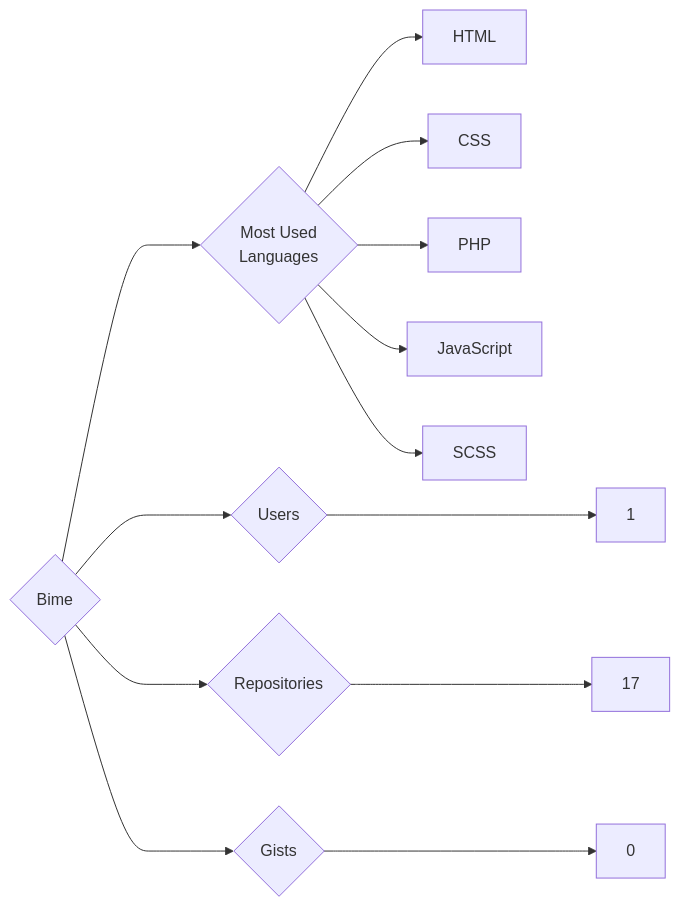
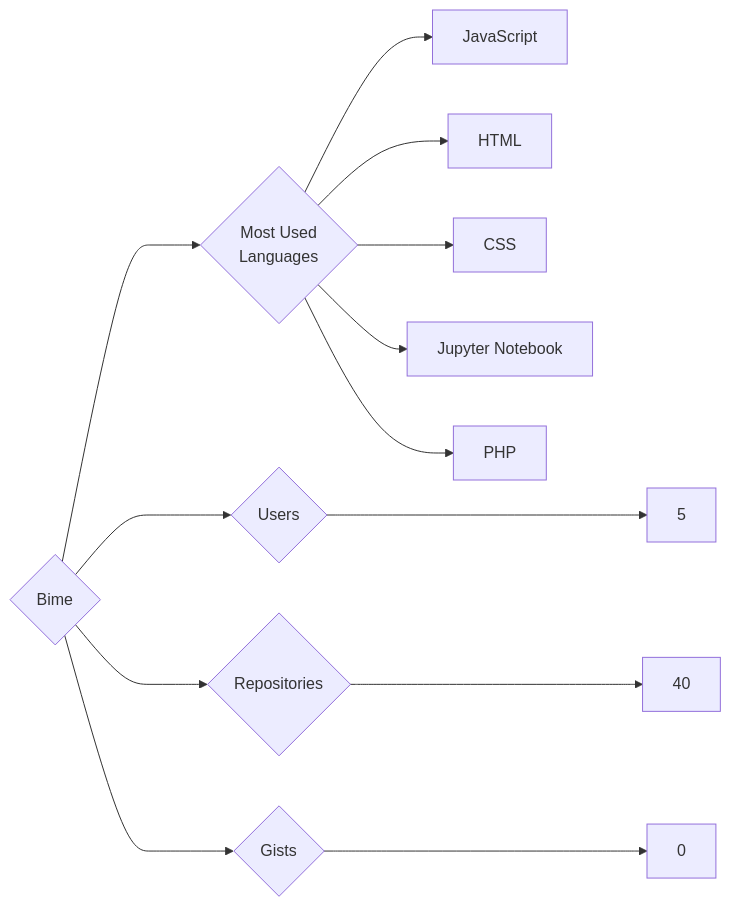
Before and after one commit to trickest/insiders: the diagram in targets/Bime/README.md, drawn with Mermaid. The commit also changed 657 other files, not shown here.

````diff
--- a/targets/Bime/README.md
+++ b/targets/Bime/README.md
@@ -3,13 +3,13 @@
 ```mermaid
 graph LR
 COMPANY_NAME{Bime}
-COMPANY_NAME ---> U{Users} ---> UN[1]
-COMPANY_NAME ---> R{Repositories} ---> RN[17]
+COMPANY_NAME ---> U{Users} ---> UN[5]
+COMPANY_NAME ---> R{Repositories} ---> RN[40]
 COMPANY_NAME ---> G{Gists} ---> GN[0]
 COMPANY_NAME ---> ML{Most Used<br>Languages}
+ML --> JavaScript[JavaScript]
 ML --> HTML[HTML]
 ML --> CSS[CSS]
+ML --> Jupyter_Notebook[Jupyter Notebook]
 ML --> PHP[PHP]
-ML --> JavaScript[JavaScript]
-ML --> SCSS[SCSS]
 ```
````
